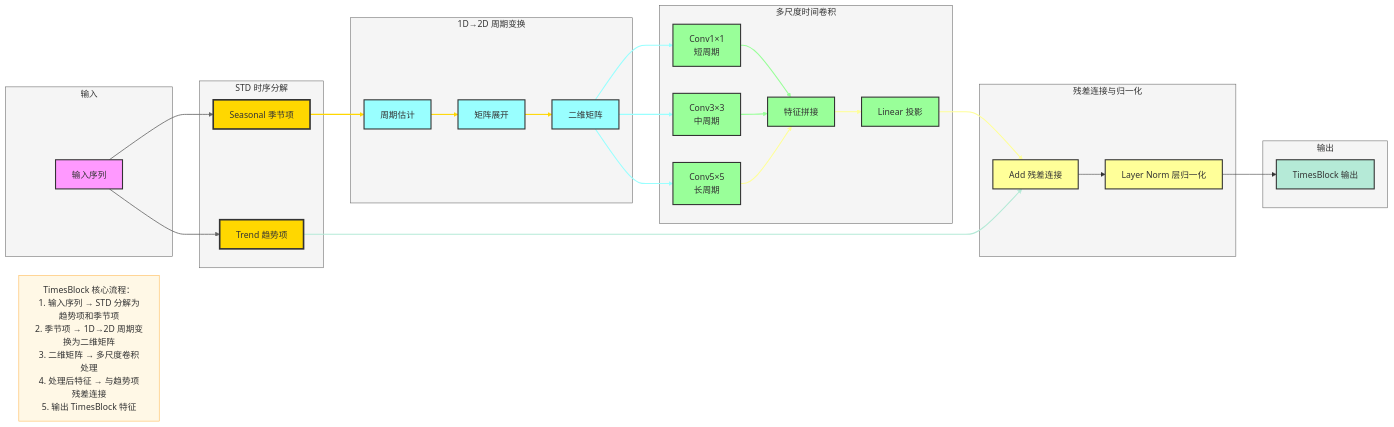
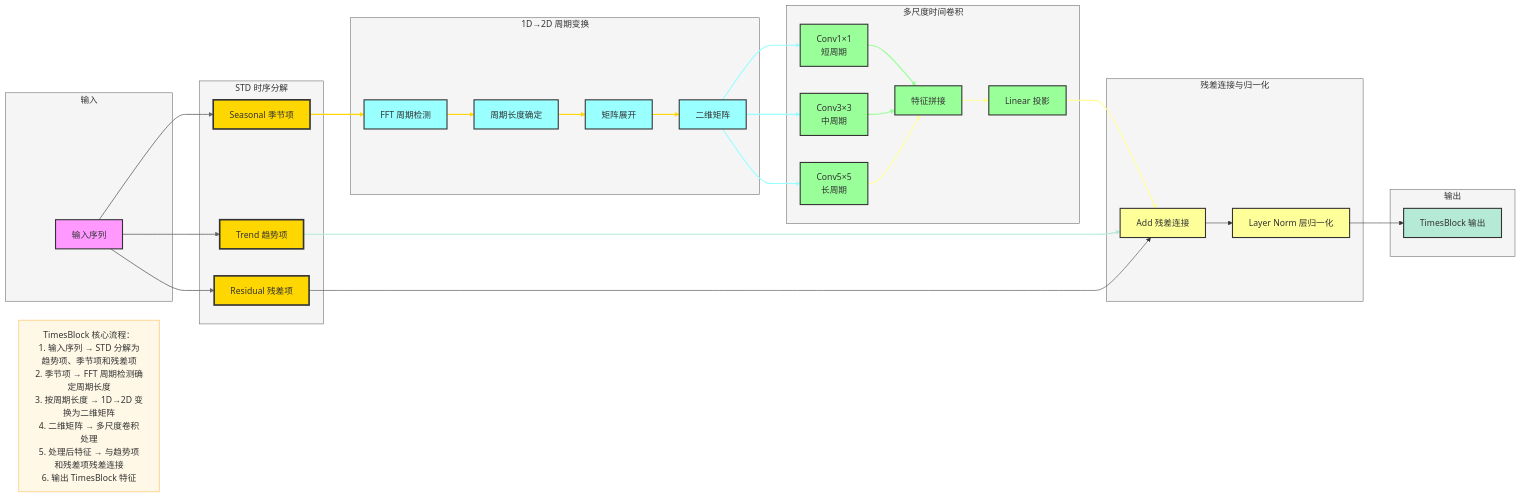
Before and after one commit to amuqiao/AI-Engineering-Knowledge-Base: the diagram in TimesNet/4. 组件深度解析.md, drawn with Mermaid. The commit also changed other lines of this file and 1 other file, not shown here.

Commit message:
更新timesnet网络

````diff
--- a/TimesNet/4. 组件深度解析.md
+++ b/TimesNet/4. 组件深度解析.md
@@ -108,77 +131,81 @@
 ```mermaid
 flowchart LR
     %% 样式定义（沿用参考配色逻辑）
     classDef inputStyle fill:#f9f,stroke:#333,stroke-width:2px
     classDef decomposeStyle fill:#ffd700,stroke:#333,stroke-width:3px
     classDef transformStyle fill:#9ff,stroke:#333,stroke-width:2px
     classDef convStyle fill:#9f9,stroke:#333,stroke-width:2px
     classDef normStyle fill:#ff9,stroke:#333,stroke-width:2px
     classDef outputStyle fill:#b5ead7,stroke:#333,stroke-width:2px
     classDef subgraphStyle fill:#f5f5f5,stroke:#666,stroke-width:1px,rounded:10px
     classDef coreNoteStyle fill:#fff8e6,stroke:#ffb74d,stroke-width:1px,rounded:8px
 
     %% 1. 输入
     subgraph inputLayer["输入"]
         A[输入序列]:::inputStyle
     end
     class inputLayer subgraphStyle
 
     %% 2. STD 分解
     subgraph decomposeLayer["STD 时序分解"]
         B[Trend 趋势项]:::decomposeStyle
         C[Seasonal 季节项]:::decomposeStyle
+        D[Residual 残差项]:::decomposeStyle
     end
     class decomposeLayer subgraphStyle
 
     %% 3. 1D→2D 变换
     subgraph transformLayer["1D→2D 周期变换"]
-        D[周期估计]:::transformStyle
-        E[矩阵展开]:::transformStyle
-        F[二维矩阵]:::transformStyle
+        E[FFT 周期检测]:::transformStyle
+        F[周期长度确定]:::transformStyle
+        G[矩阵展开]:::transformStyle
+        H[二维矩阵]:::transformStyle
     end
     class transformLayer subgraphStyle
 
     %% 4. 多尺度卷积
     subgraph convLayer["多尺度时间卷积"]
-        G[Conv1×1<br/>短周期]:::convStyle
-        H[Conv3×3<br/>中周期]:::convStyle
-        I[Conv5×5<br/>长周期]:::convStyle
-        J[特征拼接]:::convStyle
-        K[Linear 投影]:::convStyle
+        I[Conv1×1<br/>短周期]:::convStyle
+        J[Conv3×3<br/>中周期]:::convStyle
+        K[Conv5×5<br/>长周期]:::convStyle
+        L[特征拼接]:::convStyle
+        M[Linear 投影]:::convStyle
     end
     class convLayer subgraphStyle
 
     %% 5. 残差与归一化
     subgraph normLayer["残差连接与归一化"]
-        L[Add 残差连接]:::normStyle
-        M[Layer Norm 层归一化]:::normStyle
+        N[Add 残差连接]:::normStyle
+        O[Layer Norm 层归一化]:::normStyle
     end
     class normLayer subgraphStyle
 
     %% 6. 输出
     subgraph outputLayer["输出"]
-        N[TimesBlock 输出]:::outputStyle
+        P[TimesBlock 输出]:::outputStyle
     end
     class outputLayer subgraphStyle
 
     %% 核心说明
-    Note["TimesBlock 核心流程：<br/>1. 输入序列 → STD 分解为趋势项和季节项<br/>2. 季节项 → 1D→2D 周期变换为二维矩阵<br/>3. 二维矩阵 → 多尺度卷积处理<br/>4. 处理后特征 → 与趋势项残差连接<br/>5. 输出 TimesBlock 特征"]:::coreNoteStyle
+    Note["TimesBlock 核心流程：<br/>1. 输入序列 → STD 分解为趋势项、季节项和残差项<br/>2. 季节项 → FFT 周期检测确定周期长度<br/>3. 按周期长度 → 1D→2D 变换为二维矩阵<br/>4. 二维矩阵 → 多尺度卷积处理<br/>5. 处理后特征 → 与趋势项和残差项残差连接<br/>6. 输出 TimesBlock 特征"]:::coreNoteStyle
 
     %% 流转逻辑
     A --> B
     A --> C
-    C --> D --> E --> F
-    F --> G & H & I
-    G & H & I --> J --> K
-    K --> L
-    B --> L
-    L --> M --> N
+    A --> D
+    C --> E --> F --> G --> H
+    H --> I & J & K
+    I & J & K --> L --> M
+    M --> N
+    B --> N
+    D --> N
+    N --> O --> P
 
     %% 连接线样式
-    linkStyle 0,1 stroke:#666,stroke-width:1.5px
-    linkStyle 2,3,4 stroke:#ffd700,stroke-width:2px
-    linkStyle 5,6,7 stroke:#9ff,stroke-width:2px
-    linkStyle 8,9 stroke:#9f9,stroke-width:2px
-    linkStyle 10,11,12 stroke:#ff9,stroke-width:2px
-    linkStyle 13 stroke:#b5ead7,stroke-width:2px
+    linkStyle 0,1,2 stroke:#666,stroke-width:1.5px
+    linkStyle 3,4,5,6 stroke:#ffd700,stroke-width:2px
+    linkStyle 7,8,9 stroke:#9ff,stroke-width:2px
+    linkStyle 10,11 stroke:#9f9,stroke-width:2px
+    linkStyle 12,13,14 stroke:#ff9,stroke-width:2px
+    linkStyle 15 stroke:#b5ead7,stroke-width:2px
 ```
````
